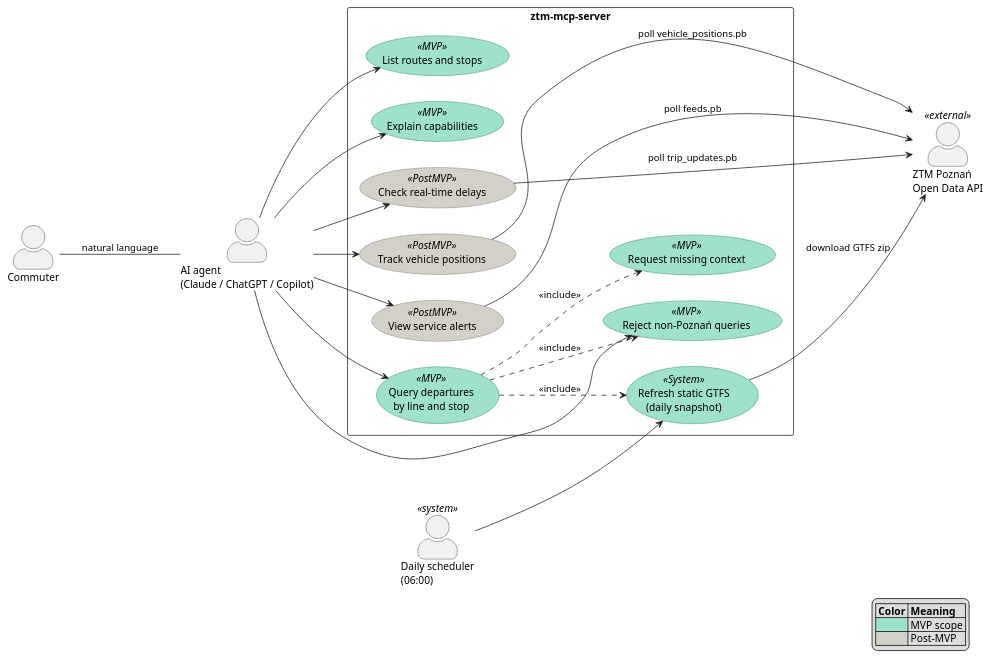
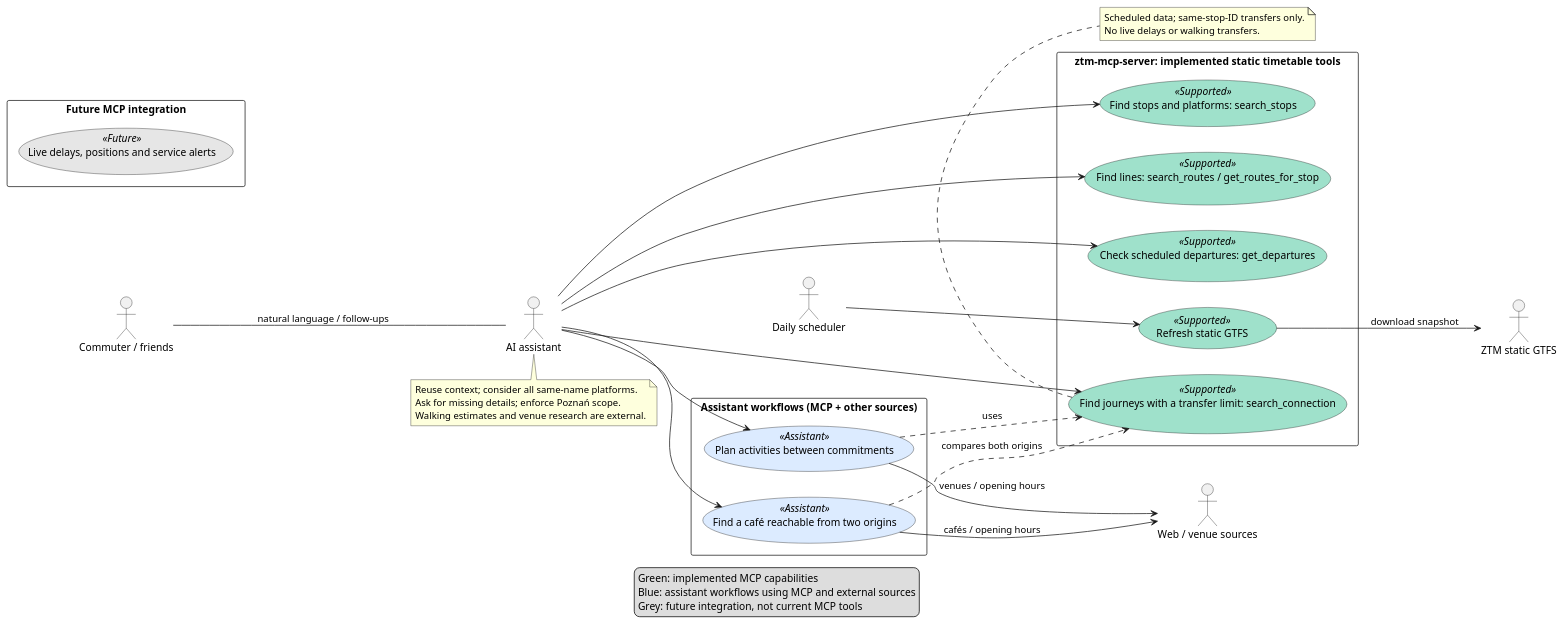
Before and after one commit to poznan-ai-transit/ztm-mcp-server: the diagram in docs/diagrams/ztm-mcp-use-case.puml, drawn with PlantUML. The commit also changed 7 other files, not shown here.

```diff
--- a/docs/diagrams/ztm-mcp-use-case.puml
+++ b/docs/diagrams/ztm-mcp-use-case.puml
@@ -1,66 +1,58 @@
 @startuml ztm-mcp-use-case
-' Use case diagram for the ZTM Poznań MCP server.
-
+' Session-based use cases; see docs/06-use-cases.md.
 left to right direction
 skinparam packageStyle rectangle
-skinparam actorStyle awesome
 skinparam shadowing false
-skinparam defaultFontName "Helvetica"
+skinparam defaultFontName Helvetica
 skinparam usecase {
-  BackgroundColor<<MVP>>      #9FE1CB
-  BorderColor<<MVP>>          #0F6E56
-  BackgroundColor<<PostMVP>>  #D3D1C7
-  BorderColor<<PostMVP>>      #5F5E5A
-  BackgroundColor<<System>>   #9FE1CB
-  BorderColor<<System>>       #0F6E56
+  BackgroundColor<<Supported>> #9FE1CB
+  BackgroundColor<<Assistant>> #DCEBFF
+  BackgroundColor<<Future>> #E6E6E6
 }
-
-actor "Commuter"        as user
-actor "AI agent\n(Claude / ChatGPT / Copilot)" as agent
-
-rectangle "ztm-mcp-server" {
-  usecase "Query departures\nby line and stop"   as UC1 <<MVP>>
-  usecase "List routes and stops"                as UC2 <<MVP>>
-  usecase "Request missing context"              as UC3 <<MVP>>
-  usecase "Reject non-Poznań queries"            as UC4 <<MVP>>
-  usecase "Explain capabilities"                 as UC5 <<MVP>>
-  usecase "Refresh static GTFS\n(daily snapshot)" as UC6 <<System>>
-  usecase "Check real-time delays"               as UC7 <<PostMVP>>
-  usecase "Track vehicle positions"              as UC8 <<PostMVP>>
-  usecase "View service alerts"                  as UC9 <<PostMVP>>
+actor "Commuter / friends" as user
+actor "AI assistant" as agent
+actor "Web / venue sources" as web
+actor "ZTM static GTFS" as ztm
+actor "Daily scheduler" as sched
+rectangle "Assistant workflows (MCP + other sources)" {
+  usecase "Plan activities between commitments" as activity <<Assistant>>
+  usecase "Find a café reachable from two origins" as meeting <<Assistant>>
 }
-
-actor "ZTM Poznań\nOpen Data API" as ztm  <<external>>
-actor "Daily scheduler\n(06:00)"  as sched <<system>>
-
-' Human <-> agent (the human never touches the server directly)
-user -- agent : natural language
-
-' Agent calls MCP tools
-agent --> UC1
-agent --> UC2
-agent --> UC4
-agent --> UC5
-agent --> UC7
-agent --> UC8
-agent --> UC9
-
-' Behavior rules from docs/03-requirements.md
-UC1 ..> UC3 : <<include>>
-UC1 ..> UC4 : <<include>>
-UC1 ..> UC6 : <<include>>
-
-' Background refresh job (src/services/ztm_service.py: start_daily_refresh)
-sched --> UC6
-UC6  --> ztm : download GTFS zip
-UC7  --> ztm : poll trip_updates.pb
-UC8  --> ztm : poll vehicle_positions.pb
-UC9  --> ztm : poll feeds.pb
-
-legend bottom right
-  |= Color |= Meaning |
-  | <#9FE1CB> | MVP scope |
-  | <#D3D1C7> | Post-MVP |
+rectangle "ztm-mcp-server: implemented static timetable tools" {
+  usecase "Find stops and platforms: search_stops" as stops <<Supported>>
+  usecase "Find lines: search_routes / get_routes_for_stop" as lines <<Supported>>
+  usecase "Check scheduled departures: get_departures" as deps <<Supported>>
+  usecase "Find journeys with a transfer limit: search_connection" as journey <<Supported>>
+  usecase "Refresh static GTFS" as refresh <<Supported>>
+}
+rectangle "Future MCP integration" {
+  usecase "Live delays, positions and service alerts" as live <<Future>>
+}
+user -- agent : natural language / follow-ups
+agent --> stops
+agent --> lines
+agent --> deps
+agent --> journey
+agent --> activity
+agent --> meeting
+activity ..> journey : uses
+meeting ..> journey : compares both origins
+activity --> web : venues / opening hours
+meeting --> web : cafés / opening hours
+sched --> refresh
+refresh --> ztm : download snapshot
+note bottom of journey
+  Scheduled data; same-stop-ID transfers only.
+  No live delays or walking transfers.
+end note
+note bottom of agent
+  Reuse context; consider all same-name platforms.
+  Ask for missing details; enforce Poznań scope.
+  Walking estimates and venue research are external.
+end note
+legend bottom
+  Green: implemented MCP capabilities
+  Blue: assistant workflows using MCP and external sources
+  Grey: future integration, not current MCP tools
 endlegend
-
 @enduml
```
